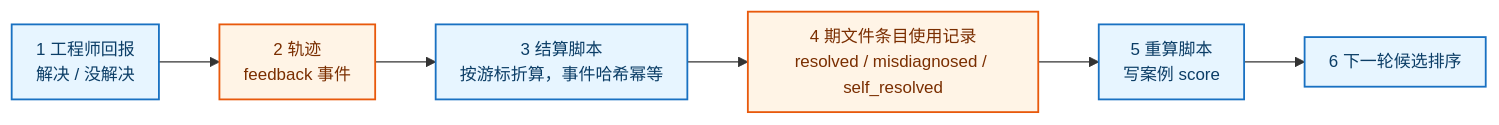
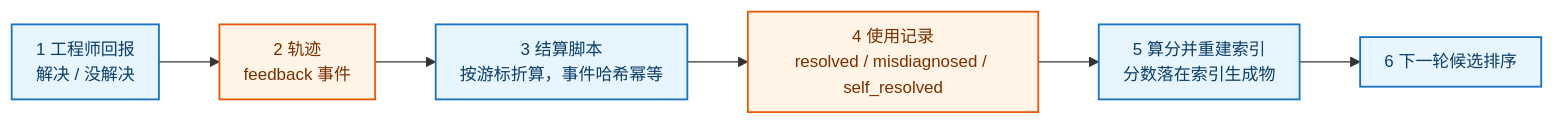
One commit to Bowen-Leee/ascend-sleuth changed the fourth of 4 diagrams in docs/mechanism/diagnosis-observability.md. Above: the diagram before and after it, drawn with Mermaid. The commit also changed other lines of this file and 1 other file, not shown here.

````diff
--- a/docs/mechanism/diagnosis-observability.md
+++ b/docs/mechanism/diagnosis-observability.md
@@ -332,15 +348,15 @@
 ```mermaid
 %%{init: {'themeVariables':{'fontSize':'14px'},'flowchart':{'curve':'basis','nodeSpacing':40,'rankSpacing':50,'padding':10}}}%%
 flowchart LR
     R1["1 工程师回报<br/>解决 / 没解决"] --> T["2 轨迹<br/>feedback 事件"]
     T --> S["3 结算脚本<br/>按游标折算，事件哈希幂等"]
-    S --> L["4 期文件条目使用记录<br/>resolved / misdiagnosed / self_resolved"]
-    L --> C["5 重算脚本<br/>写案例 score"]
+    S --> L["4 使用记录<br/>resolved / misdiagnosed / self_resolved"]
+    L --> C["5 算分并重建索引<br/>分数落在索引生成物"]
     C --> O["6 下一轮候选排序"]
 
     classDef step fill:#e7f5ff,stroke:#1971c2,stroke-width:1.5px,color:#0b3d66
     classDef store fill:#fff4e6,stroke:#e8590c,stroke-width:1.5px,color:#7a2e00
     class R1,S,C step
     class T,L store
     class O step
 ```
````
